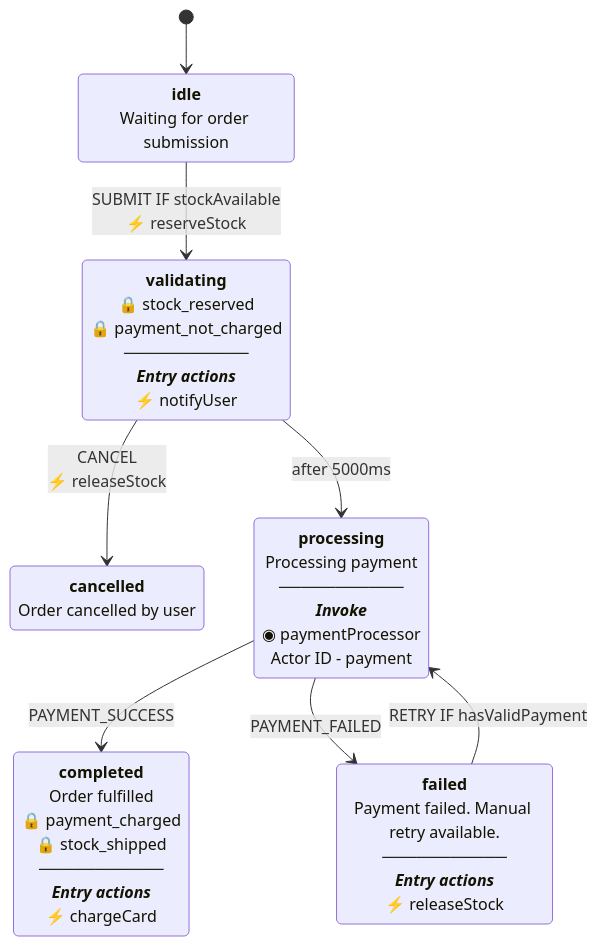
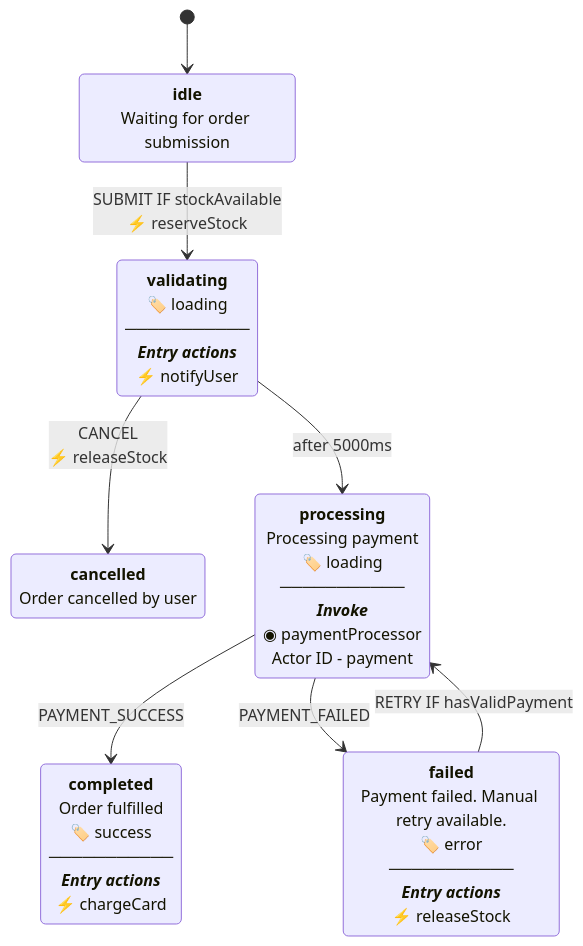
The diagram in README.md (zitongcharliedeng/xstate-ts-to-mermaid), drawn with Mermaid before and after one commit. The commit also changed other lines of this file and 2 other files, not shown here.

````diff
--- a/README.md
+++ b/README.md
@@ -106,17 +105,17 @@
 ```mermaid
 stateDiagram-v2
     %% Order Processing
     [*] --> idle
     idle: <b>idle</b><br/>Waiting for order submission
     idle --> validating: SUBMIT IF stockAvailable<br/>⚡ reserveStock
-    validating: <b>validating</b><br/>🔒 stock_reserved<br/>🔒 payment_not_charged<br/>───────────<br/><b><i>Entry actions</i></b><br/>⚡ notifyUser
+    validating: <b>validating</b><br/>🏷️ loading<br/>───────────<br/><b><i>Entry actions</i></b><br/>⚡ notifyUser
     validating --> cancelled: CANCEL<br/>⚡ releaseStock
     validating --> processing: after 5000ms
-    processing: <b>processing</b><br/>Processing payment<br/>───────────<br/><b><i>Invoke</i></b><br/>◉ paymentProcessor<br/>Actor ID - payment
+    processing: <b>processing</b><br/>Processing payment<br/>🏷️ loading<br/>───────────<br/><b><i>Invoke</i></b><br/>◉ paymentProcessor<br/>Actor ID - payment
     processing --> completed: PAYMENT_SUCCESS
     processing --> failed: PAYMENT_FAILED
-    completed: <b>completed</b><br/>Order fulfilled<br/>🔒 payment_charged<br/>🔒 stock_shipped<br/>───────────<br/><b><i>Entry actions</i></b><br/>⚡ chargeCard
-    failed: <b>failed</b><br/>Payment failed. Manual retry available.<br/>───────────<br/><b><i>Entry actions</i></b><br/>⚡ releaseStock
+    completed: <b>completed</b><br/>Order fulfilled<br/>🏷️ success<br/>───────────<br/><b><i>Entry actions</i></b><br/>⚡ chargeCard
+    failed: <b>failed</b><br/>Payment failed. Manual retry available.<br/>🏷️ error<br/>───────────<br/><b><i>Entry actions</i></b><br/>⚡ releaseStock
     failed --> processing: RETRY IF hasValidPayment
     cancelled: <b>cancelled</b><br/>Order cancelled by user
 ```
````
